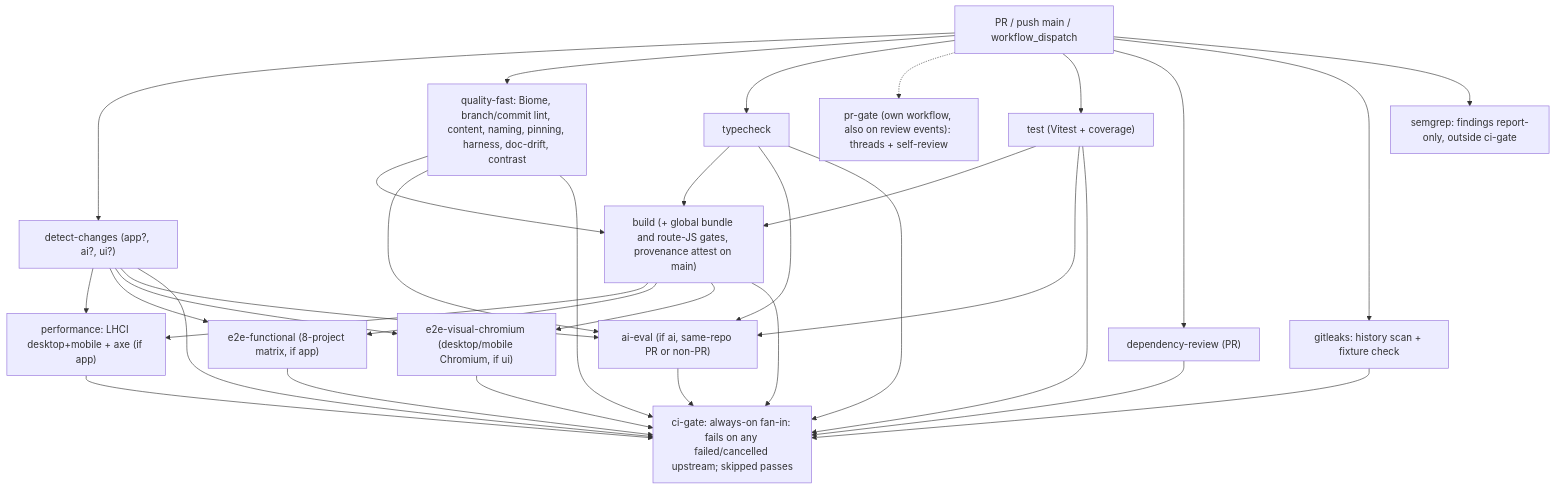
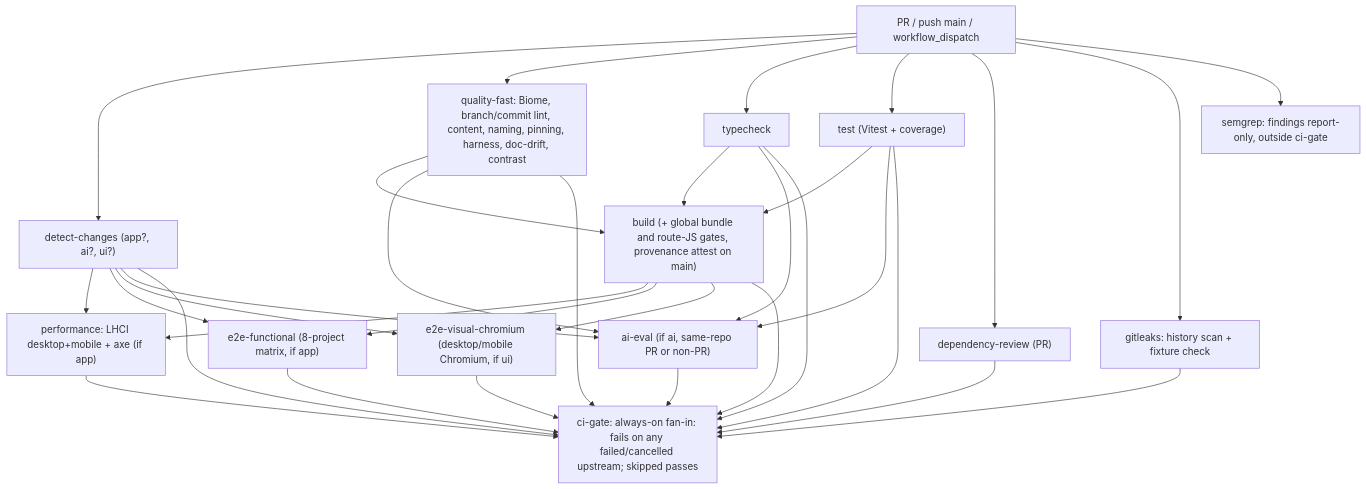
The second of 2 diagrams in docs/07-workflows.md (erikunha/portfolio), drawn with Mermaid before and after one commit. The commit also changed other lines of this file and 22 other files, not shown here.

````diff
--- a/docs/07-workflows.md
+++ b/docs/07-workflows.md
@@ -80,36 +80,35 @@
 ```mermaid
 flowchart TD
     pr["PR / push main / workflow_dispatch"] --> dc["detect-changes (app?, ai?, ui?)"]
     pr --> qf["quality-fast: Biome, branch/commit lint, content, naming, pinning, harness, doc-drift, contrast"]
     pr --> tc["typecheck"]
-    pr -.-> prg["pr-gate (own workflow, also on review events): threads + self-review"]
     pr --> t["test (Vitest + coverage)"]
     pr --> dr["dependency-review (PR)"]
     qf --> b["build (+ global bundle and route-JS gates, provenance attest on main)"]
     tc --> b
     t --> b
     b --> perf["performance: LHCI desktop+mobile + axe (if app)"]
     b --> e2e["e2e-functional (8-project matrix, if app)"]
     b --> vis["e2e-visual-chromium (desktop/mobile Chromium, if ui)"]
     dc --> perf
     dc --> e2e
     dc --> vis
     dc --> ev["ai-eval (if ai, same-repo PR or non-PR)"]
     qf --> ev
     tc --> ev
     t --> ev
     pr --> secrets["gitleaks: history scan + fixture check"]
     secrets --> gate
     pr --> semgrep["semgrep: findings report-only, outside ci-gate"]
     dc --> gate
     qf --> gate
     tc --> gate
     t --> gate
     dr --> gate
     b --> gate
     perf --> gate
     e2e --> gate
     vis --> gate
     ev --> gate
     gate["ci-gate: always-on fan-in: fails on any failed/cancelled upstream; skipped passes"]
 ```
````
